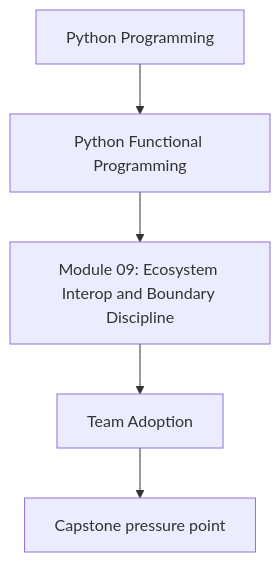
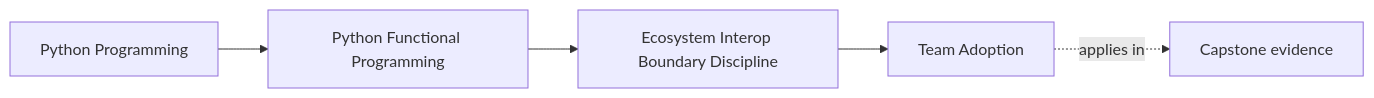
One commit to bijux/bijux-masterclass changed the first of 2 diagrams in programs/python-programming/python-functional-programming/course-book/module-09-ecosystem-interop-boundary-discipline/team-adoption.md. Above: the diagram before and after it, drawn with Mermaid. The commit also changed other lines of this file and 108 other files, not shown here.

Commit message:
docs(python-functional-programming): map capstone and advanced design surfaces

````diff
--- a/programs/python-programming/python-functional-programming/course-book/module-09-ecosystem-interop-boundary-discipline/team-adoption.md
+++ b/programs/python-programming/python-functional-programming/course-book/module-09-ecosystem-interop-boundary-discipline/team-adoption.md
@@ -6,7 +6,11 @@
 ```mermaid
-flowchart TD
-  family["Python Programming"] --> program["Python Functional Programming"]
-  program --> module["Module 09: Ecosystem Interop and Boundary Discipline"]
-  module --> concept["Team Adoption"]
-  concept --> capstone["Capstone pressure point"]
+graph LR
+  family["Python Programming"]
+  program["Python Functional Programming"]
+  section["Ecosystem Interop Boundary Discipline"]
+  page["Team Adoption"]
+  capstone["Capstone evidence"]
+
+  family --> program --> section --> page
+  page -.applies in.-> capstone
 ```
````
